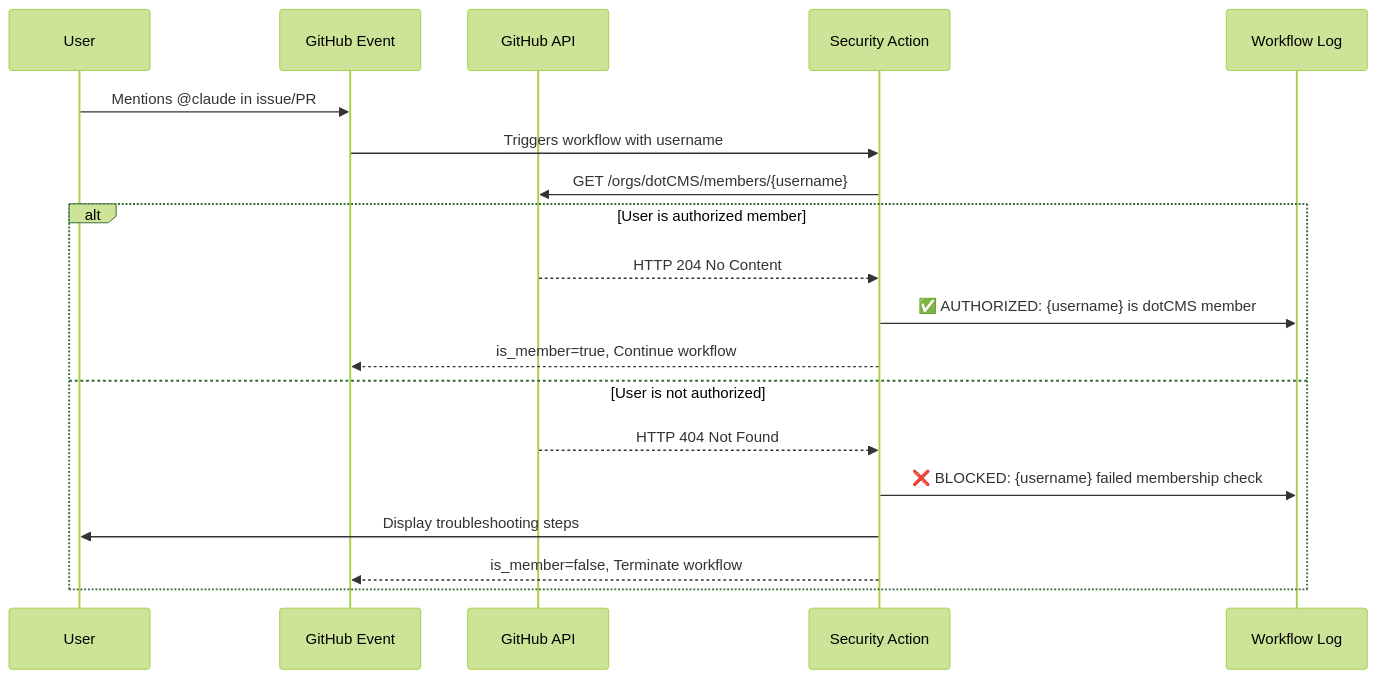
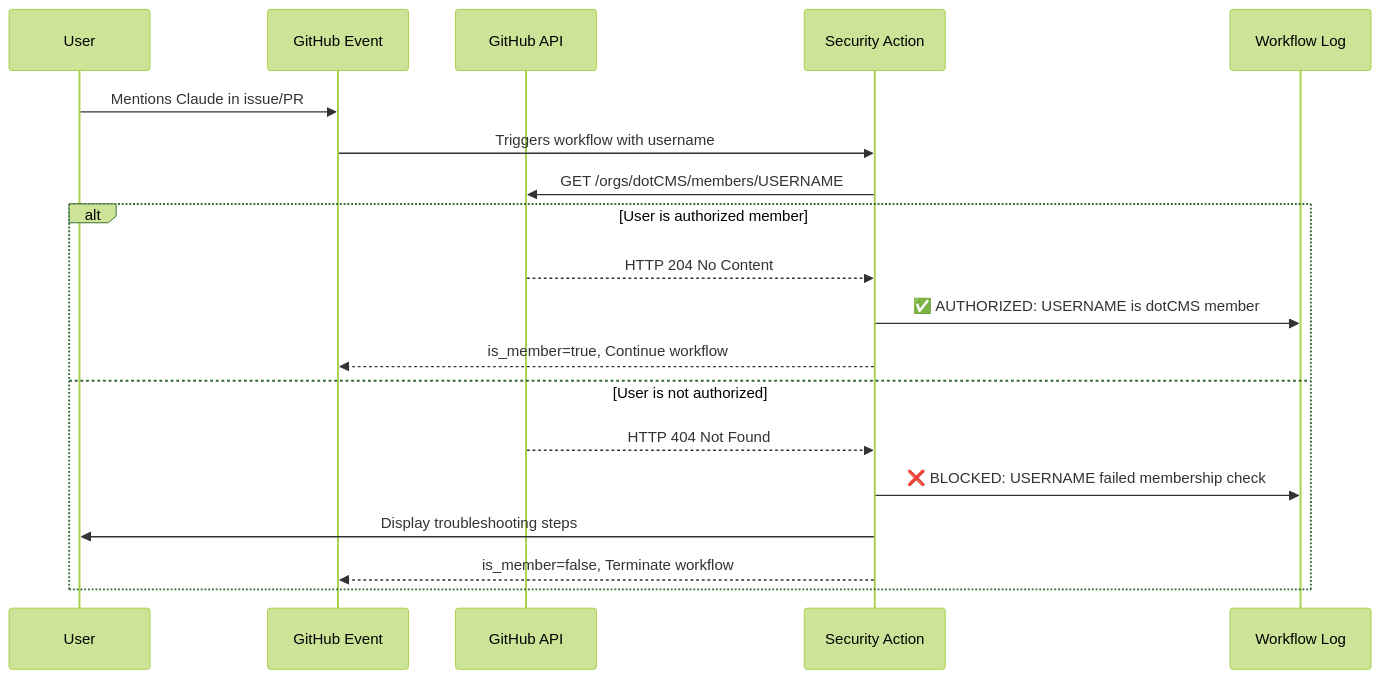
The fifth of 10 diagrams in docs/core/GITHUB_WORKFLOWS_VISUAL.md (dotCMS/core), drawn with Mermaid (forest theme) before and after one commit. The commit also changed other lines of this file and 1 other file, not shown here.

First line of the commit message:
fix: clean up mermaid diagrams and add local validation script

````diff
--- a/docs/core/GITHUB_WORKFLOWS_VISUAL.md
+++ b/docs/core/GITHUB_WORKFLOWS_VISUAL.md
@@ -152,23 +152,23 @@
 ```mermaid
 sequenceDiagram
     participant U as User
     participant GH as GitHub Event
     participant API as GitHub API
     participant Action as Security Action
     participant Log as Workflow Log
     
-    U->>GH: Mentions @claude in issue/PR
+    U->>GH: Mentions Claude in issue/PR
     GH->>Action: Triggers workflow with username
-    Action->>API: GET /orgs/dotCMS/members/{username}
+    Action->>API: GET /orgs/dotCMS/members/USERNAME
     
     alt User is authorized member
         API-->>Action: HTTP 204 No Content
-        Action->>Log: ✅ AUTHORIZED: {username} is dotCMS member
+        Action->>Log: ✅ AUTHORIZED: USERNAME is dotCMS member
         Action-->>GH: is_member=true, Continue workflow
     else User is not authorized
         API-->>Action: HTTP 404 Not Found
-        Action->>Log: ❌ BLOCKED: {username} failed membership check
+        Action->>Log: ❌ BLOCKED: USERNAME failed membership check
         Action->>U: Display troubleshooting steps
         Action-->>GH: is_member=false, Terminate workflow
     end
 ```
````
